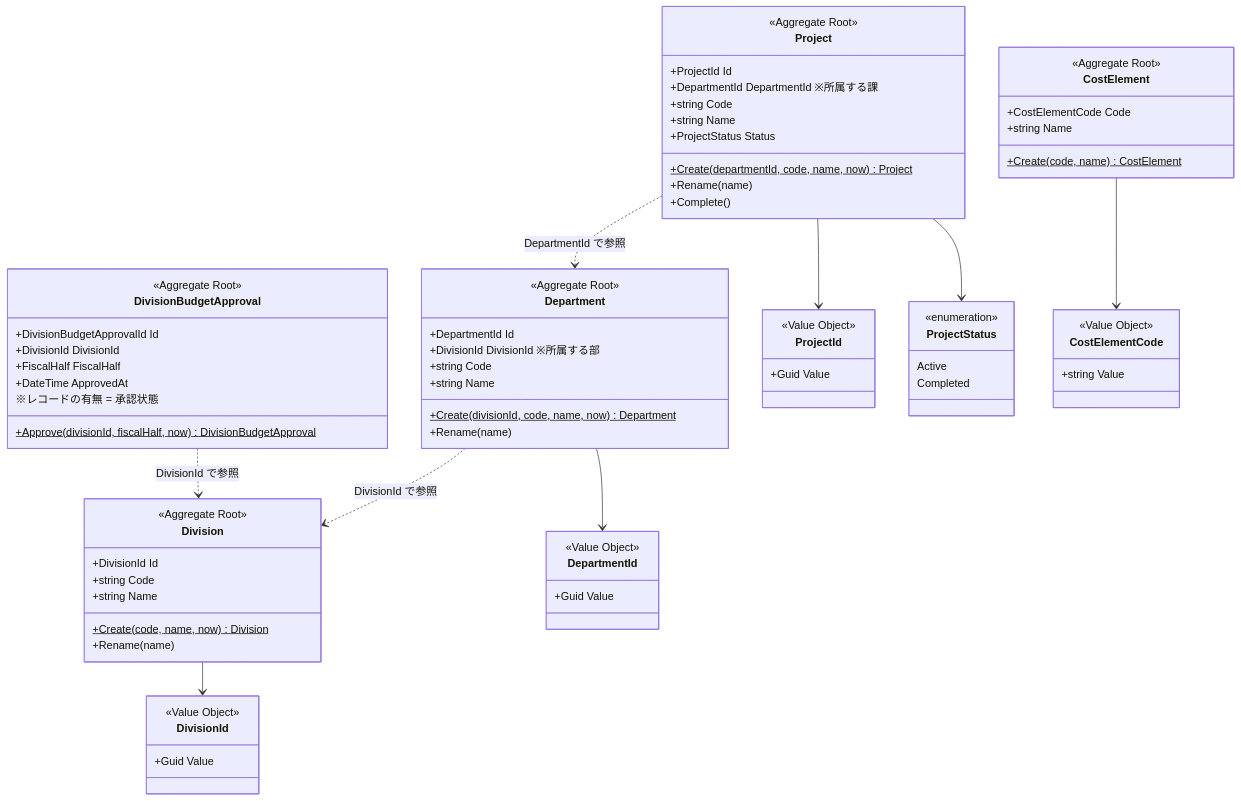
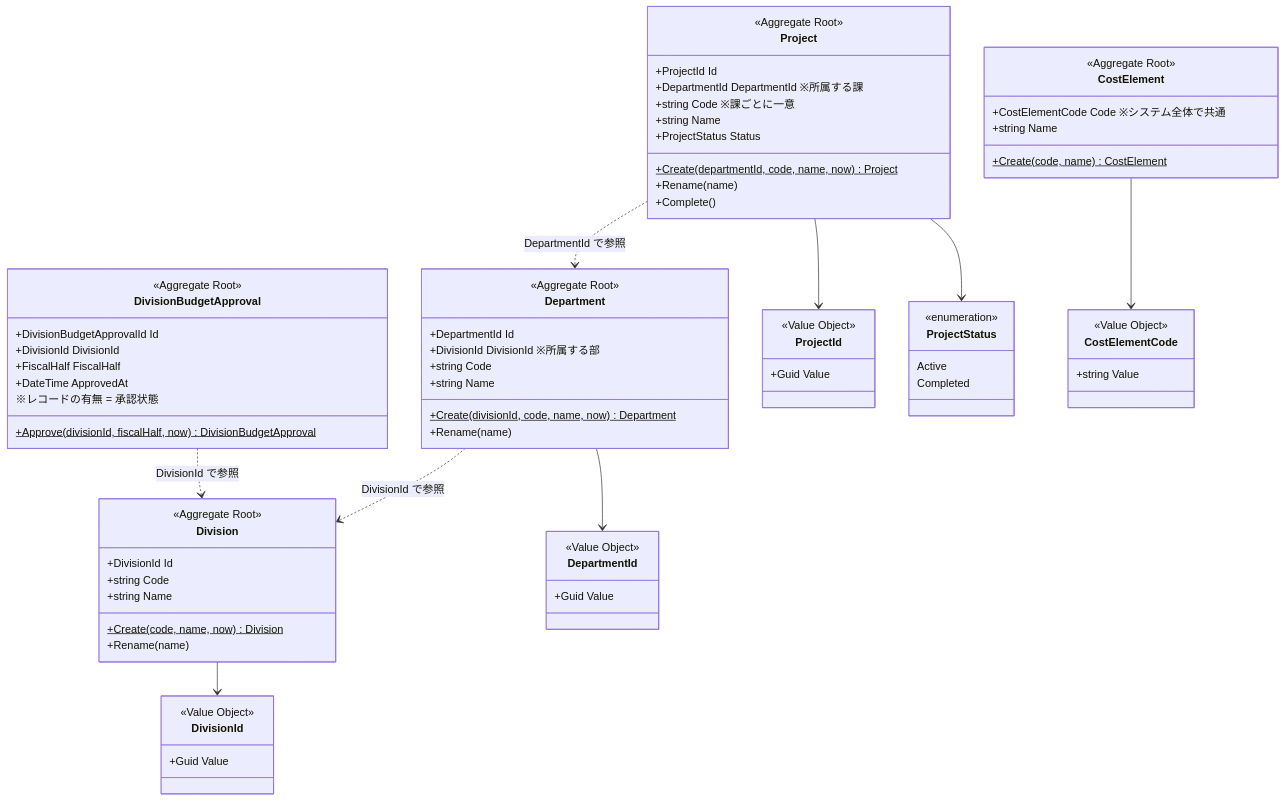
The sixth of 9 diagrams in docs/DESIGN.md (kyamanaka0923/fcpl-cost-management-system), drawn with Mermaid before and after one commit. The commit also changed other lines of this file and 16 other files, not shown here.

````diff
--- a/docs/DESIGN.md
+++ b/docs/DESIGN.md
@@ -153,75 +155,75 @@
 ```mermaid
 classDiagram
     class Division {
         <<Aggregate Root>>
         +DivisionId Id
         +string Code
         +string Name
         +Create(code, name, now) Division$
         +Rename(name)
     }
     class DivisionId {
         <<Value Object>>
         +Guid Value
     }
     class DivisionBudgetApproval {
         <<Aggregate Root>>
         +DivisionBudgetApprovalId Id
         +DivisionId DivisionId
         +FiscalHalf FiscalHalf
         +DateTime ApprovedAt
         +Approve(divisionId, fiscalHalf, now) DivisionBudgetApproval$
         ※レコードの有無 = 承認状態
     }
     class Department {
         <<Aggregate Root>>
         +DepartmentId Id
         +DivisionId DivisionId ※所属する部
         +string Code
         +string Name
         +Create(divisionId, code, name, now) Department$
         +Rename(name)
     }
     class DepartmentId {
         <<Value Object>>
         +Guid Value
     }
     class Project {
         <<Aggregate Root>>
         +ProjectId Id
         +DepartmentId DepartmentId ※所属する課
-        +string Code
+        +string Code ※課ごとに一意
         +string Name
         +ProjectStatus Status
         +Create(departmentId, code, name, now) Project$
         +Rename(name)
         +Complete()
     }
     class ProjectId {
         <<Value Object>>
         +Guid Value
     }
     class ProjectStatus {
         <<enumeration>>
         Active
         Completed
     }
     class CostElement {
         <<Aggregate Root>>
-        +CostElementCode Code
+        +CostElementCode Code ※システム全体で共通
         +string Name
         +Create(code, name) CostElement$
     }
     class CostElementCode {
         <<Value Object>>
         +string Value
     }
     Division --> DivisionId
     DivisionBudgetApproval ..> Division : DivisionId で参照
     Department --> DepartmentId
     Department ..> Division : DivisionId で参照
     Project --> ProjectId
     Project --> ProjectStatus
     Project ..> Department : DepartmentId で参照
     CostElement --> CostElementCode
 ```
````
